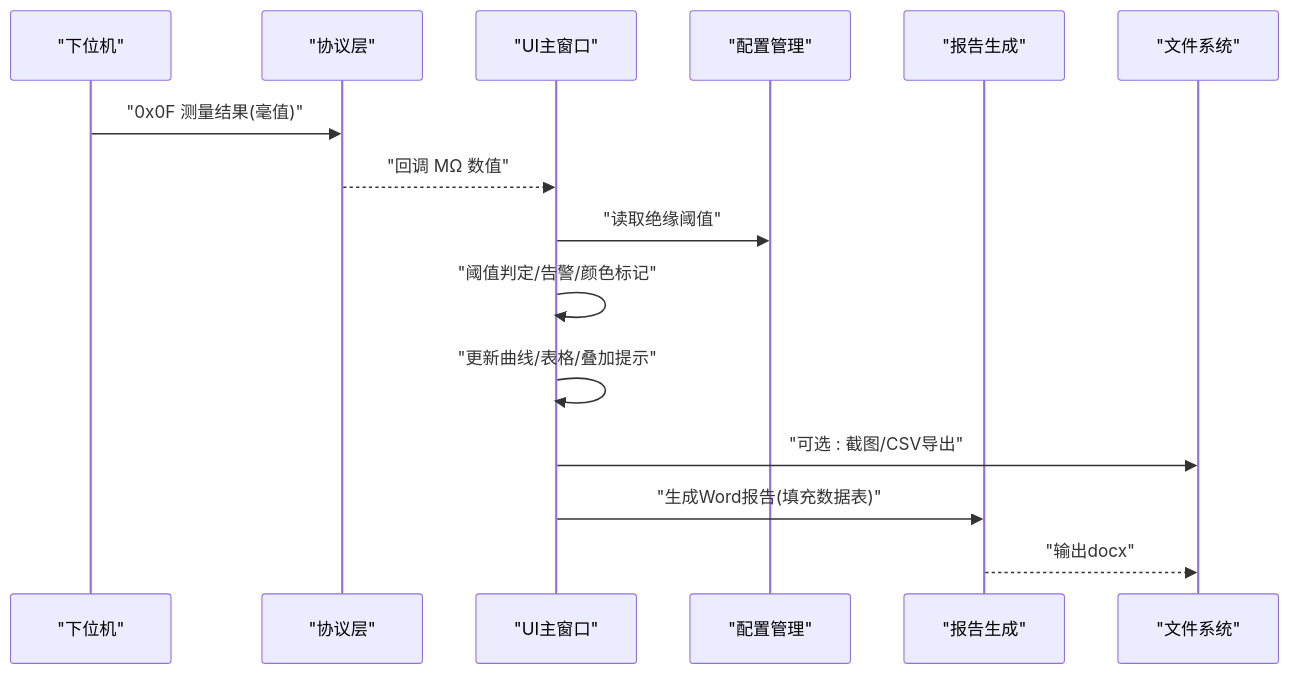
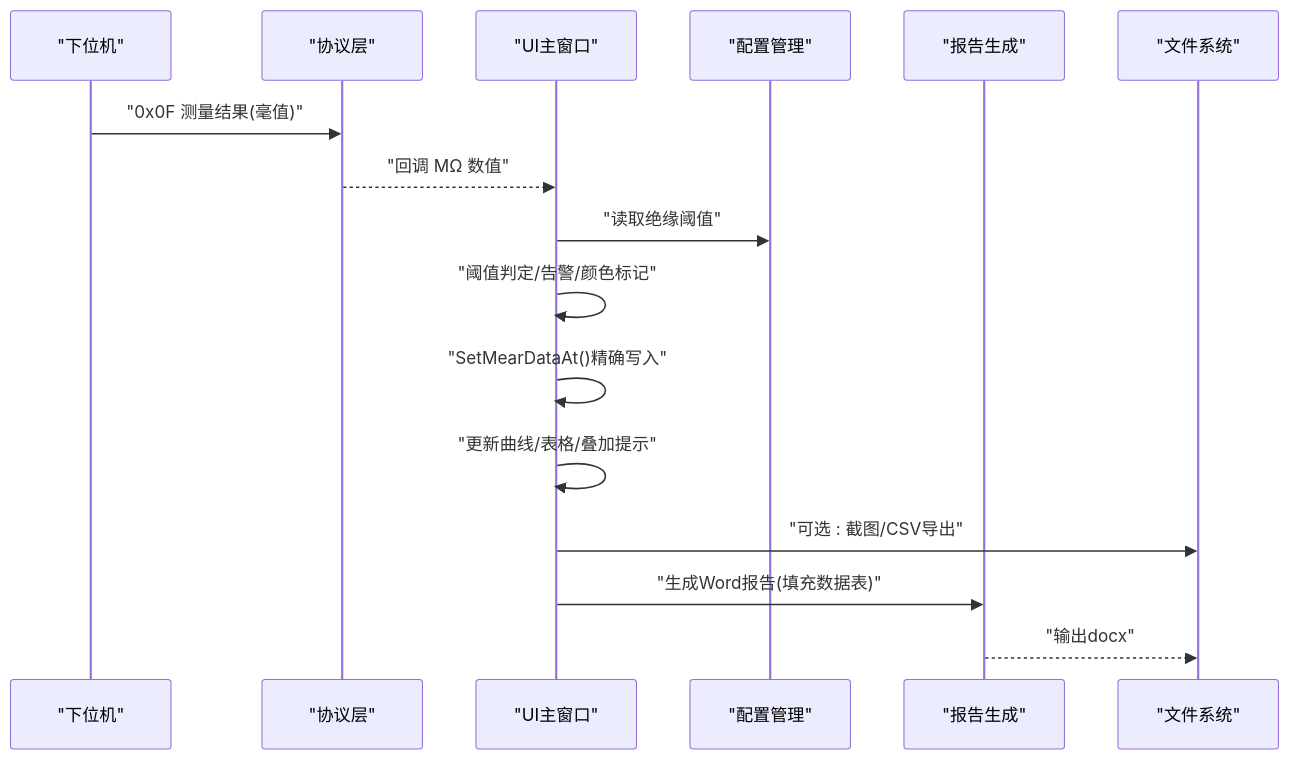
The second of 9 diagrams in .qoder/repowiki/zh/content/用户手册/检测工作流程/检测执行阶段/测量结果处理.md (yangreest/Zero-value-Insulator-Robot-V2), drawn with Mermaid before and after one commit. The commit also changed other lines of this file and 22 other files, not shown here.

````diff
--- a/.qoder/repowiki/zh/content/用户手册/检测工作流程/检测执行阶段/测量结果处理.md
+++ b/.qoder/repowiki/zh/content/用户手册/检测工作流程/检测执行阶段/测量结果处理.md
@@ -88,17 +98,18 @@
 ```mermaid
 sequenceDiagram
 participant Dev as "下位机"
 participant Proto as "协议层"
 participant UI as "UI主窗口"
 participant Conf as "配置管理"
 participant Report as "报告生成"
 participant FS as "文件系统"
 Dev->>Proto : "0x0F 测量结果(毫值)"
 Proto-->>UI : "回调 MΩ 数值"
 UI->>Conf : "读取绝缘阈值"
 UI->>UI : "阈值判定/告警/颜色标记"
+UI->>UI : "SetMearDataAt()精确写入"
 UI->>UI : "更新曲线/表格/叠加提示"
 UI->>FS : "可选 : 截图/CSV导出"
 UI->>Report : "生成Word报告(填充数据表)"
 Report-->>FS : "输出docx"
 ```
````
